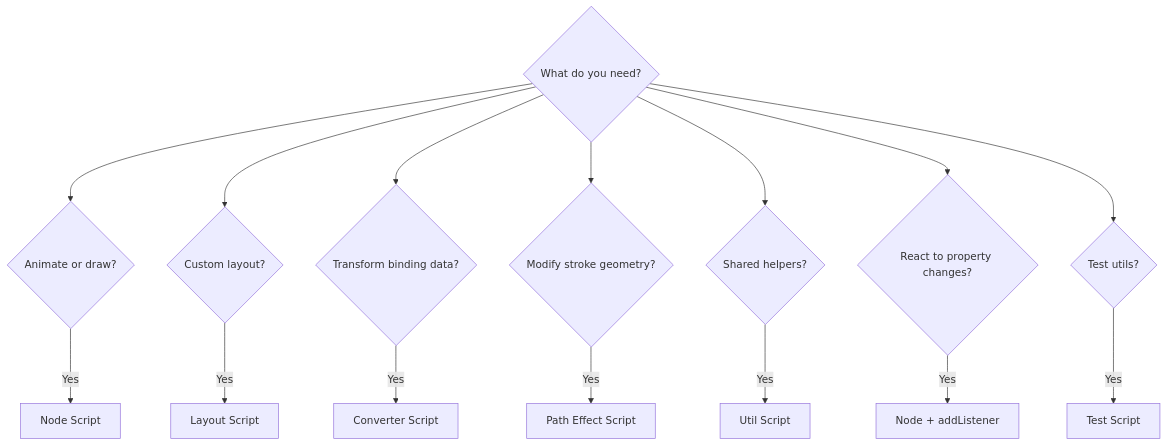
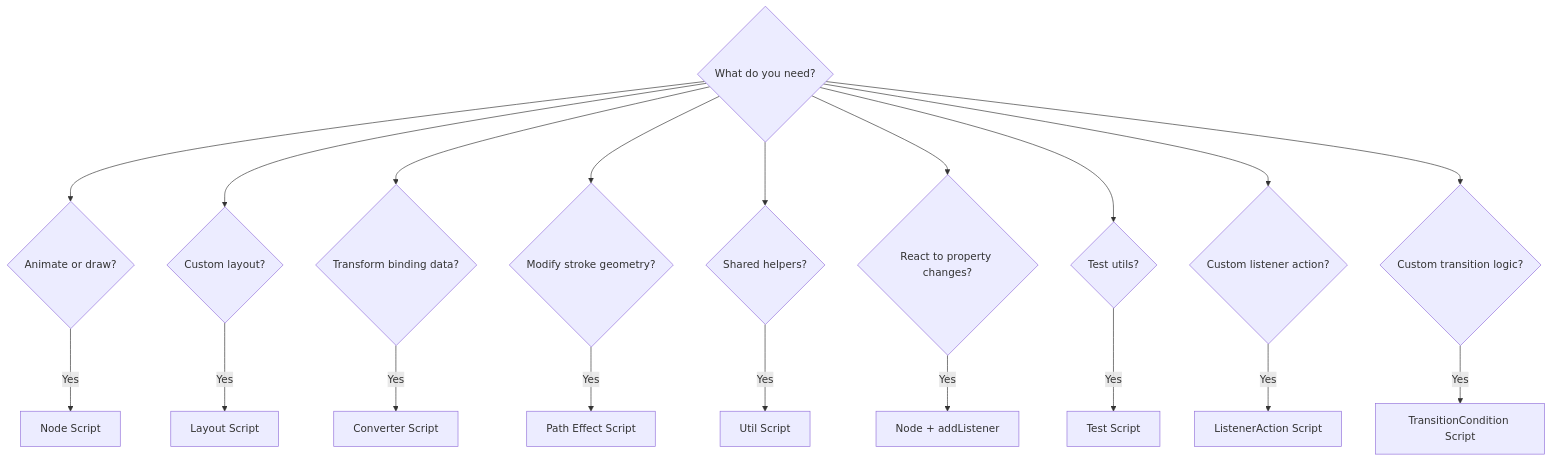
The diagram in docs/rive/script-types.mdx (ivg-design/lerp), drawn with Mermaid before and after one commit. The commit also changed other lines of this file and 68 other files, not shown here.

````diff
--- a/docs/rive/script-types.mdx
+++ b/docs/rive/script-types.mdx
@@ -278,18 +332,22 @@
 ```mermaid
 flowchart TD
     A{What do you need?} --> B{Animate or draw?}
     A --> C{Custom layout?}
     A --> D{Transform binding data?}
     A --> E{Modify stroke geometry?}
     A --> F{Shared helpers?}
     A --> G{React to property changes?}
     A --> H{Test utils?}
+    A --> I{Custom listener action?}
+    A --> J{Custom transition logic?}
 
     B -->|Yes| B1[Node Script]
     C -->|Yes| C1[Layout Script]
     D -->|Yes| D1[Converter Script]
     E -->|Yes| E1[Path Effect Script]
     F -->|Yes| F1[Util Script]
     G -->|Yes| G1[Node + addListener]
     H -->|Yes| H1[Test Script]
+    I -->|Yes| I1[ListenerAction Script]
+    J -->|Yes| J1[TransitionCondition Script]
 ```
````
